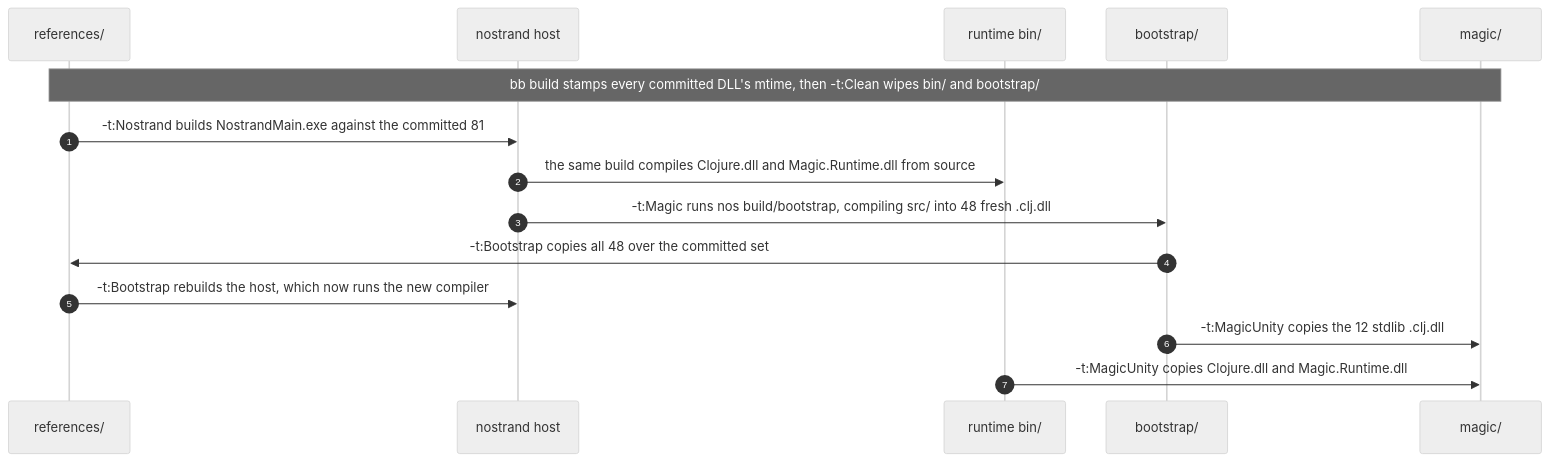
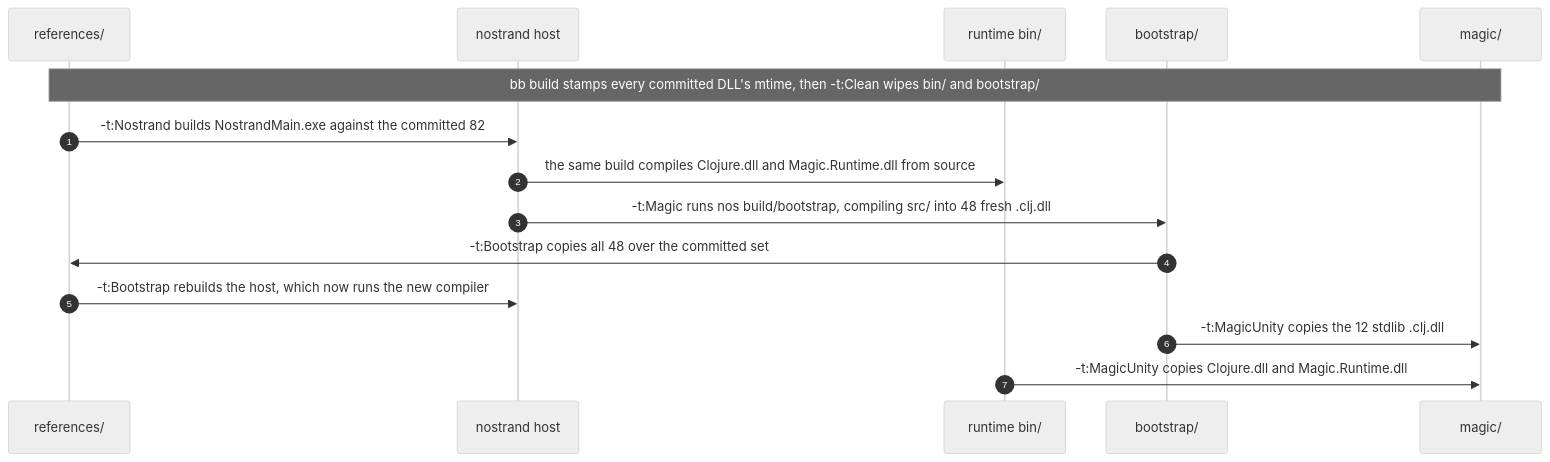
Before and after one commit to flybot-sg/magic: the second of 6 diagrams in docs/bootstrap.md, drawn with Mermaid (neutral theme). The commit also changed other lines of this file and 33 other files, not shown here.

````diff
--- a/docs/bootstrap.md
+++ b/docs/bootstrap.md
@@ -65,18 +65,18 @@
 ```mermaid
 sequenceDiagram
     autonumber
     participant refs as references/
     participant host as nostrand host
     participant rt as runtime bin/
     participant boot as bootstrap/
     participant exp as magic/
 
     Note over refs,exp: bb build stamps every committed DLL's mtime, then -t:Clean wipes bin/ and bootstrap/
-    refs->>host: -t:Nostrand builds NostrandMain.exe against the committed 81
+    refs->>host: -t:Nostrand builds NostrandMain.exe against the committed 82
     host->>rt: the same build compiles Clojure.dll and Magic.Runtime.dll from source
     host->>boot: -t:Magic runs nos build/bootstrap, compiling src/ into 48 fresh .clj.dll
     boot->>refs: -t:Bootstrap copies all 48 over the committed set
     refs->>host: -t:Bootstrap rebuilds the host, which now runs the new compiler
     boot->>exp: -t:MagicUnity copies the 12 stdlib .clj.dll
     rt->>exp: -t:MagicUnity copies Clojure.dll and Magic.Runtime.dll
 ```
````
